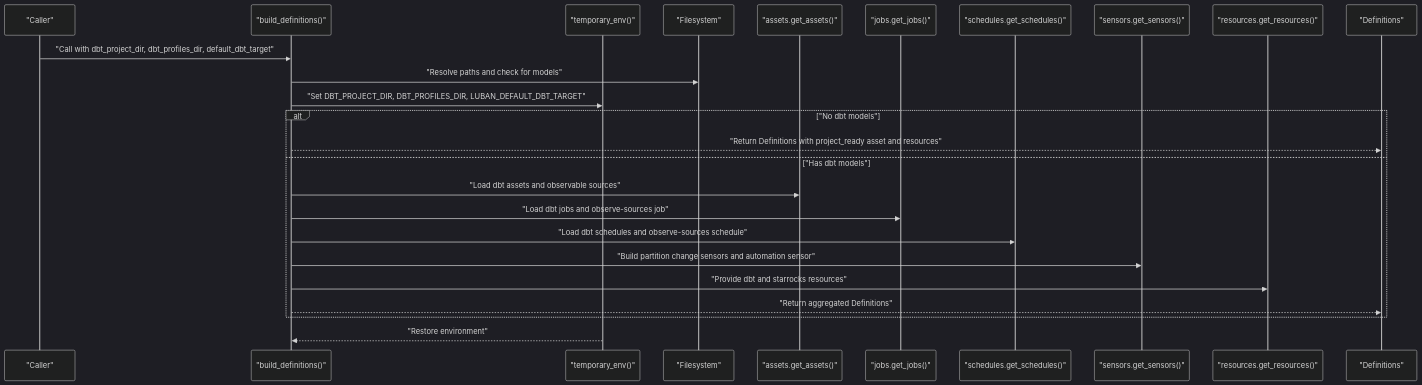
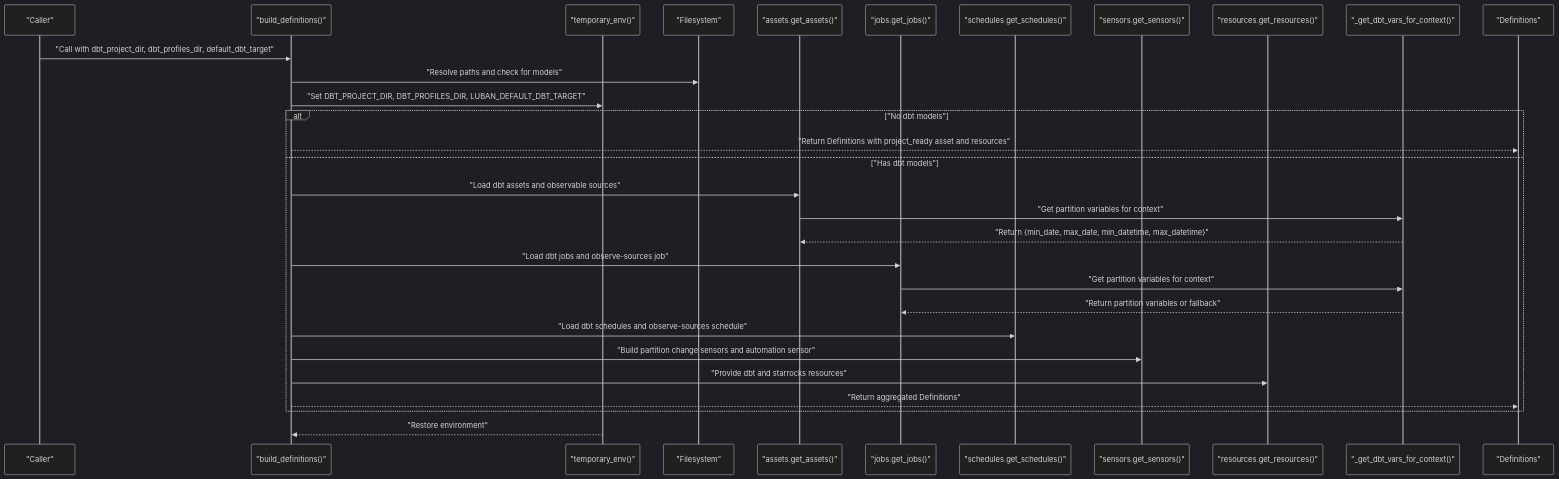
Before and after one commit to metasync/dbt-dagsterizer: the second of 5 diagrams in .qoder/repowiki/en/content/API Reference.md, drawn with Mermaid (dark theme). The commit also changed other lines of this file and 16 other files, not shown here.

````diff
--- a/.qoder/repowiki/en/content/API Reference.md
+++ b/.qoder/repowiki/en/content/API Reference.md
@@ -126,27 +154,32 @@
 ```mermaid
 sequenceDiagram
 participant Caller as "Caller"
 participant API as "build_definitions()"
 participant Env as "temporary_env()"
 participant FS as "Filesystem"
 participant Assets as "assets.get_assets()"
 participant Jobs as "jobs.get_jobs()"
 participant Schedules as "schedules.get_schedules()"
 participant Sensors as "sensors.get_sensors()"
 participant Resources as "resources.get_resources()"
+participant Vars as "_get_dbt_vars_for_context()"
 participant Dagster as "Definitions"
 Caller->>API : "Call with dbt_project_dir, dbt_profiles_dir, default_dbt_target"
 API->>FS : "Resolve paths and check for models"
 API->>Env : "Set DBT_PROJECT_DIR, DBT_PROFILES_DIR, LUBAN_DEFAULT_DBT_TARGET"
 alt "No dbt models"
 API-->>Dagster : "Return Definitions with project_ready asset and resources"
 else "Has dbt models"
 API->>Assets : "Load dbt assets and observable sources"
+Assets->>Vars : "Get partition variables for context"
+Vars-->>Assets : "Return {min_date, max_date, min_datetime, max_datetime}"
 API->>Jobs : "Load dbt jobs and observe-sources job"
+Jobs->>Vars : "Get partition variables for context"
+Vars-->>Jobs : "Return partition variables or fallback"
 API->>Schedules : "Load dbt schedules and observe-sources schedule"
 API->>Sensors : "Build partition change sensors and automation sensor"
 API->>Resources : "Provide dbt and starrocks resources"
 API-->>Dagster : "Return aggregated Definitions"
 end
 Env-->>API : "Restore environment"
 ```
````
